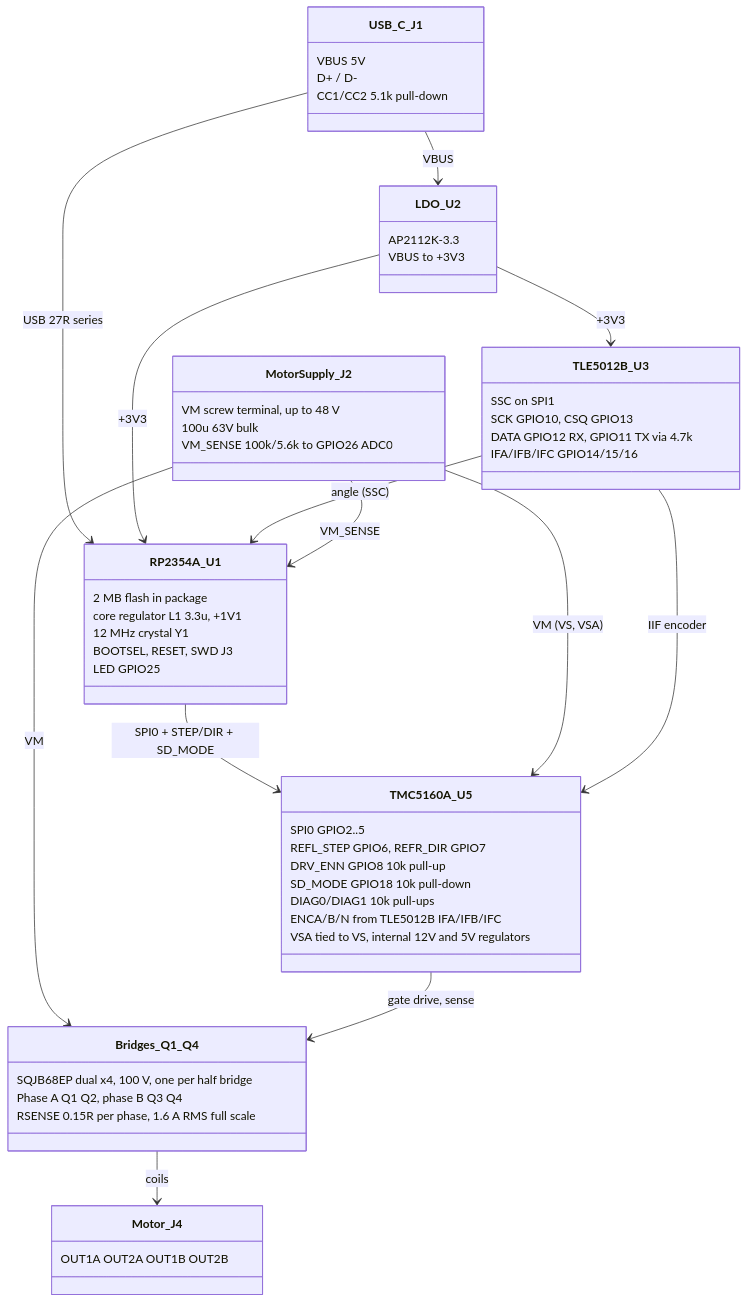
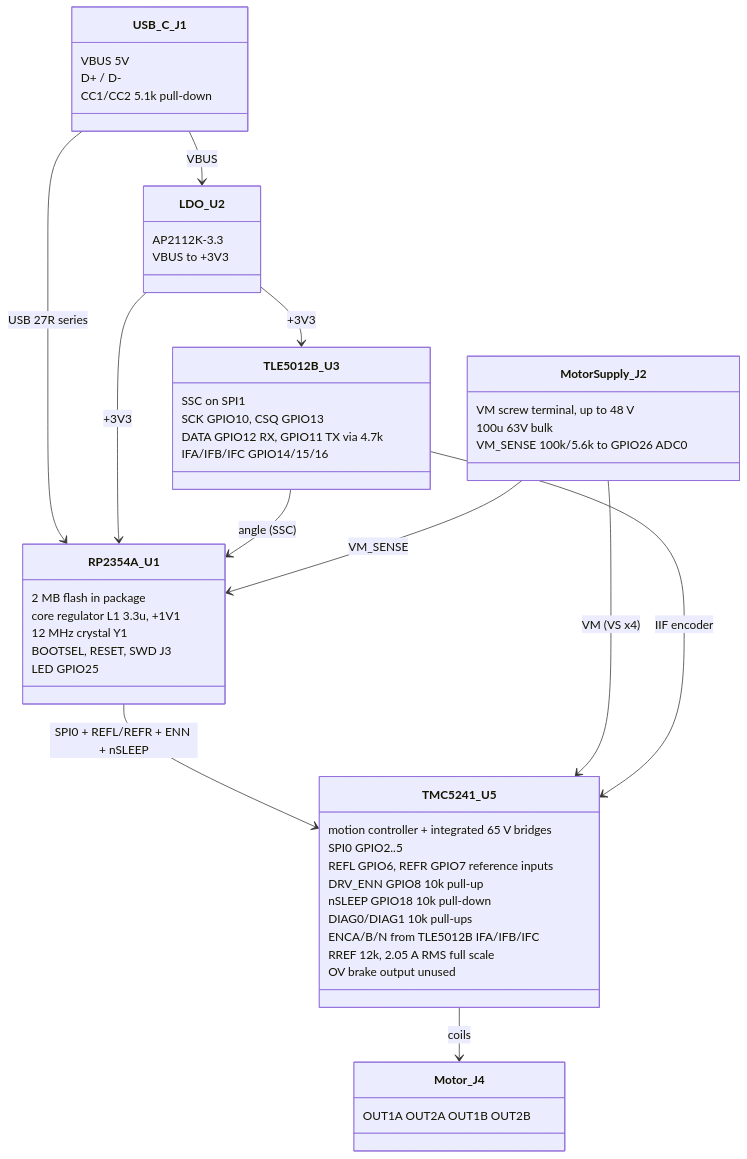
The first of 2 diagrams in ARCHITECTURE.md (tmpk13/pico-step), drawn with Mermaid before and after one commit. The commit also changed other lines of this file and 23 other files, not shown here.

````diff
--- a/ARCHITECTURE.md
+++ b/ARCHITECTURE.md
@@ -3,59 +3,54 @@
 ```mermaid
 classDiagram
     class USB_C_J1 {
         VBUS 5V
         D+ / D-
         CC1/CC2 5.1k pull-down
     }
     class LDO_U2 {
         AP2112K-3.3
         VBUS to +3V3
     }
     class RP2354A_U1 {
         2 MB flash in package
         core regulator L1 3.3u, +1V1
         12 MHz crystal Y1
         BOOTSEL, RESET, SWD J3
         LED GPIO25
     }
-    class TMC5160A_U5 {
+    class TMC5241_U5 {
+        motion controller + integrated 65 V bridges
         SPI0 GPIO2..5
-        REFL_STEP GPIO6, REFR_DIR GPIO7
+        REFL GPIO6, REFR GPIO7 reference inputs
         DRV_ENN GPIO8 10k pull-up
-        SD_MODE GPIO18 10k pull-down
+        nSLEEP GPIO18 10k pull-down
         DIAG0/DIAG1 10k pull-ups
         ENCA/B/N from TLE5012B IFA/IFB/IFC
-        VSA tied to VS, internal 12V and 5V regulators
-    }
-    class Bridges_Q1_Q4 {
-        SQJB68EP dual x4, 100 V, one per half bridge
-        Phase A Q1 Q2, phase B Q3 Q4
-        RSENSE 0.15R per phase, 1.6 A RMS full scale
+        RREF 12k, 2.05 A RMS full scale
+        OV brake output unused
     }
     class Motor_J4 {
         OUT1A OUT2A OUT1B OUT2B
     }
     class TLE5012B_U3 {
         SSC on SPI1
         SCK GPIO10, CSQ GPIO13
         DATA GPIO12 RX, GPIO11 TX via 4.7k
         IFA/IFB/IFC GPIO14/15/16
     }
     class MotorSupply_J2 {
         VM screw terminal, up to 48 V
         100u 63V bulk
         VM_SENSE 100k/5.6k to GPIO26 ADC0
     }
     USB_C_J1 --> LDO_U2 : VBUS
     USB_C_J1 --> RP2354A_U1 : USB 27R series
     LDO_U2 --> RP2354A_U1 : +3V3
     LDO_U2 --> TLE5012B_U3 : +3V3
-    RP2354A_U1 --> TMC5160A_U5 : SPI0 + STEP/DIR + SD_MODE
+    RP2354A_U1 --> TMC5241_U5 : SPI0 + REFL/REFR + ENN + nSLEEP
     TLE5012B_U3 --> RP2354A_U1 : angle (SSC)
-    MotorSupply_J2 --> TMC5160A_U5 : VM (VS, VSA)
-    MotorSupply_J2 --> Bridges_Q1_Q4 : VM
-    TLE5012B_U3 --> TMC5160A_U5 : IIF encoder
-    TMC5160A_U5 --> Bridges_Q1_Q4 : gate drive, sense
-    Bridges_Q1_Q4 --> Motor_J4 : coils
+    MotorSupply_J2 --> TMC5241_U5 : VM (VS x4)
+    TLE5012B_U3 --> TMC5241_U5 : IIF encoder
+    TMC5241_U5 --> Motor_J4 : coils
     MotorSupply_J2 --> RP2354A_U1 : VM_SENSE
 ```
````
